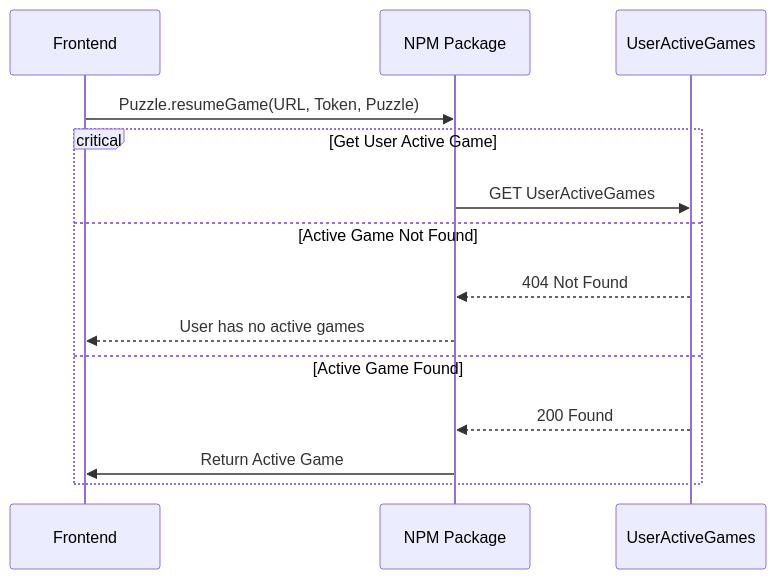
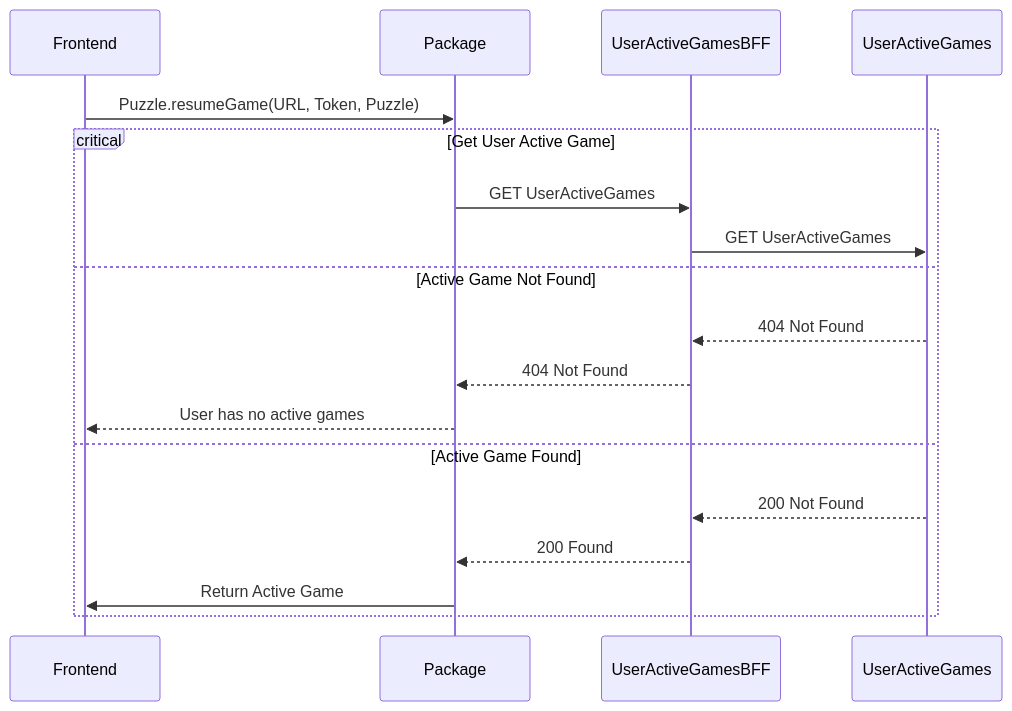
One commit to Sudokuru/Puzzle changed the second of 4 diagrams in Documentation/Diagrams/SequenceDiagram.md. Above: the diagram before and after it, drawn with Mermaid.

Commit message:
Updating resume game sequence diagram

````diff
--- a/Documentation/Diagrams/SequenceDiagram.md
+++ b/Documentation/Diagrams/SequenceDiagram.md
@@ -74,19 +74,23 @@
 ```mermaid
 sequenceDiagram
     participant Frontend
-    participant NPM Package
+    participant Package
+    participant UserActiveGamesBFF
     participant UserActiveGames
 
-    #Save Game
-    Frontend->>NPM Package: Puzzle.resumeGame(URL, Token, Puzzle)
+    #Resume Game
+    Frontend->>Package: Puzzle.resumeGame(URL, Token, Puzzle)
 
     critical Get User Active Game
-        NPM Package->>UserActiveGames: GET UserActiveGames
+        Package->>UserActiveGamesBFF: GET UserActiveGames
+        UserActiveGamesBFF->>UserActiveGames: GET UserActiveGames
     option Active Game Not Found
-        UserActiveGames-->>NPM Package: 404 Not Found
-        NPM Package-->>Frontend: User has no active games
+        UserActiveGames-->>UserActiveGamesBFF: 404 Not Found
+        UserActiveGamesBFF-->>Package: 404 Not Found
+        Package-->>Frontend: User has no active games
     option Active Game Found
-        UserActiveGames-->>NPM Package: 200 Found
-        NPM Package->>Frontend: Return Active Game
+        UserActiveGames-->>UserActiveGamesBFF: 200 Not Found
+        UserActiveGamesBFF-->>Package: 200 Found
+        Package->>Frontend: Return Active Game
     end
 ```
````
